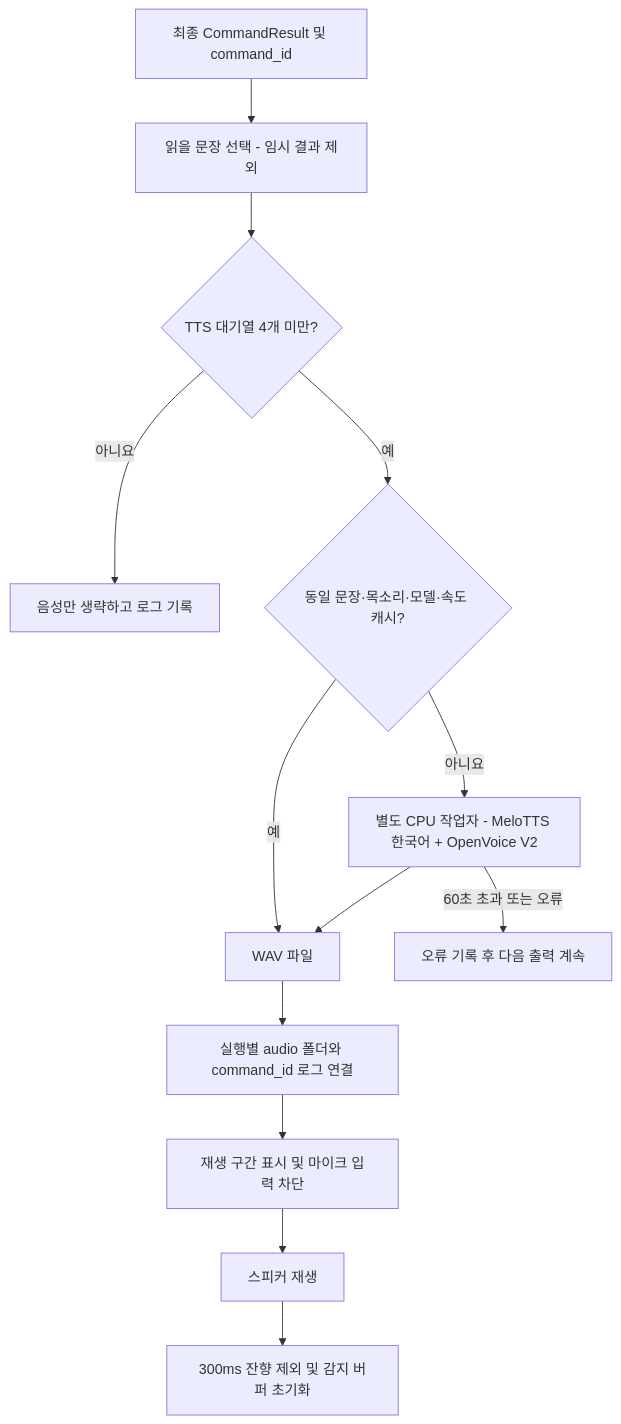
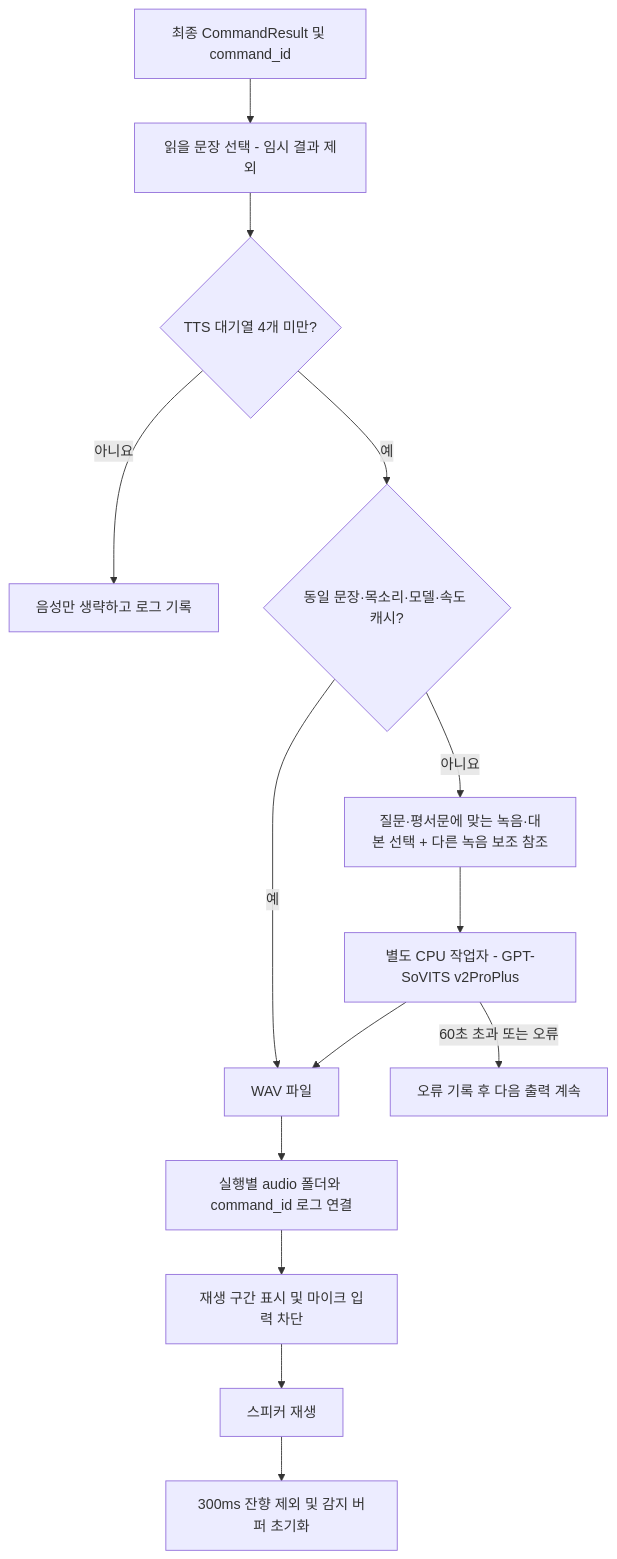
One commit to pyhearts/ROBOTPAL changed the eighth of 8 diagrams in FLOWCHART.md. Above: the diagram before and after it, drawn with Mermaid. The commit also changed other lines of this file and 34 other files, not shown here.

````diff
--- a/FLOWCHART.md
+++ b/FLOWCHART.md
@@ -186,15 +186,16 @@
 ```mermaid
 flowchart TD
     R[최종 CommandResult 및 command_id] --> S[읽을 문장 선택 - 임시 결과 제외]
     S --> Q{TTS 대기열 4개 미만?}
     Q -->|아니요| SKIP[음성만 생략하고 로그 기록]
     Q -->|예| CACHE{동일 문장·목소리·모델·속도 캐시?}
     CACHE -->|예| WAV[WAV 파일]
-    CACHE -->|아니요| WORKER[별도 CPU 작업자 - MeloTTS 한국어 + OpenVoice V2]
+    CACHE -->|아니요| REF[질문·평서문에 맞는 녹음·대본 선택 + 다른 녹음 보조 참조]
+    REF --> WORKER[별도 CPU 작업자 - GPT-SoVITS v2ProPlus]
     WORKER --> WAV
     WORKER -->|60초 초과 또는 오류| ERR[오류 기록 후 다음 출력 계속]
     WAV --> LOG[실행별 audio 폴더와 command_id 로그 연결]
     LOG --> GATE[재생 구간 표시 및 마이크 입력 차단]
     GATE --> PLAY[스피커 재생]
     PLAY --> RESUME[300ms 잔향 제외 및 감지 버퍼 초기화]
 ```
````
